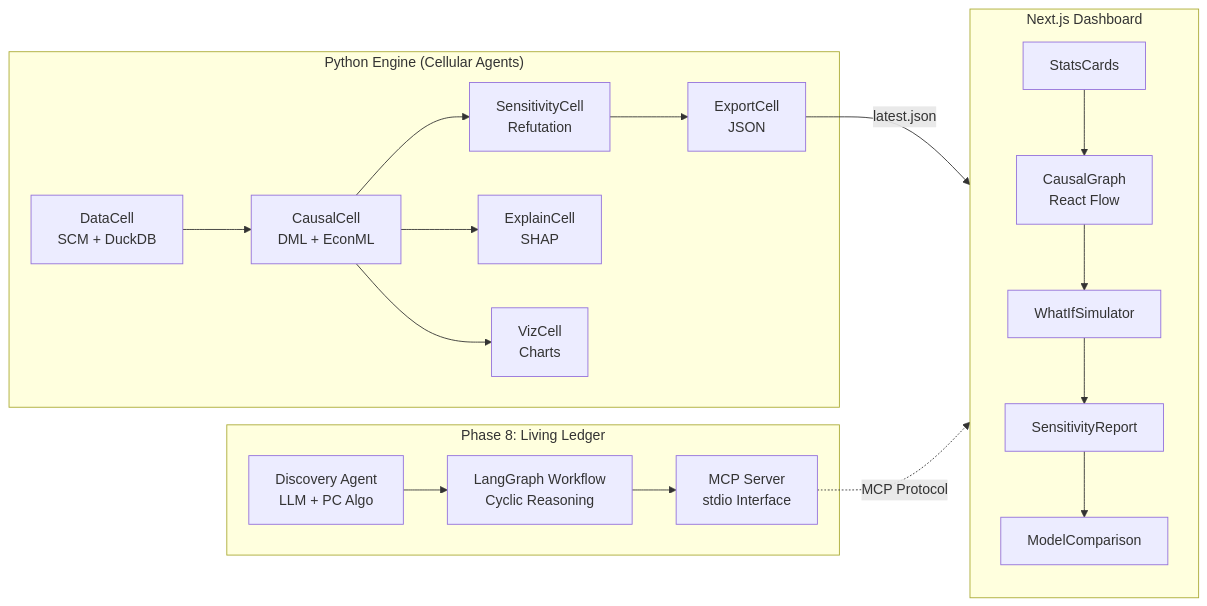
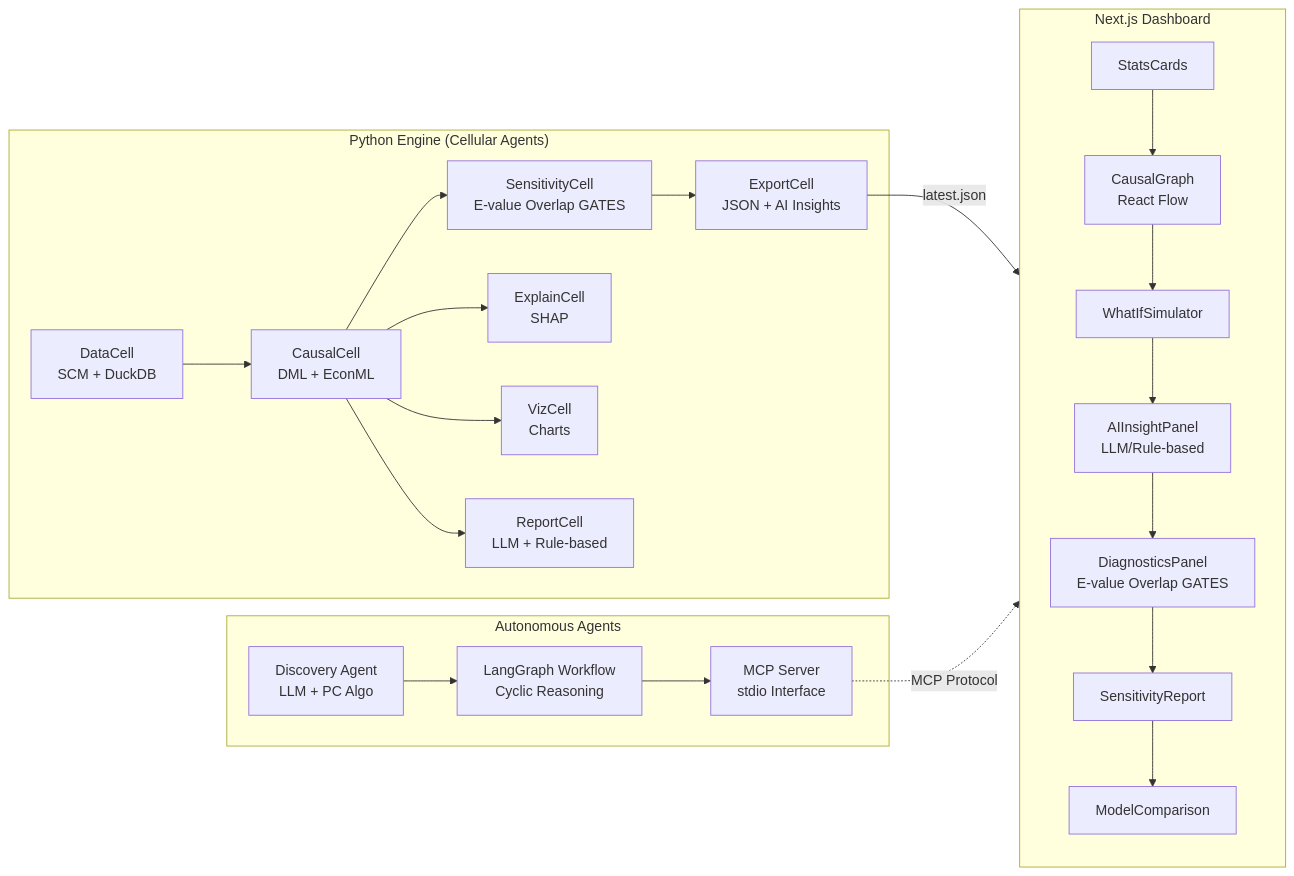
Before and after one commit to Yesol-Pilot/WhyLab: the diagram in README.md, drawn with Mermaid. The commit also changed other lines of this file and 3 other files, not shown here.

First line of the commit message:
feat: Phase 5 — Discovery Agent LLM + 테스트 강화 + White Paper v0.2 + README 리뉴얼

````diff
--- a/README.md
+++ b/README.md
@@ -38,25 +38,28 @@
 ```mermaid
 graph LR
     subgraph Engine ["Python Engine (Cellular Agents)"]
         DC[DataCell<br/>SCM + DuckDB] --> CC[CausalCell<br/>DML + EconML]
-        CC --> SC[SensitivityCell<br/>Refutation]
-        SC --> EC[ExportCell<br/>JSON]
+        CC --> SC[SensitivityCell<br/>E-value Overlap GATES]
+        SC --> EC[ExportCell<br/>JSON + AI Insights]
         CC --> XC[ExplainCell<br/>SHAP]
         CC --> VC[VizCell<br/>Charts]
+        CC --> RC[ReportCell<br/>LLM + Rule-based]
     end
 
-    subgraph Agents ["Phase 8: Living Ledger"]
+    subgraph Agents ["Autonomous Agents"]
         DA[Discovery Agent<br/>LLM + PC Algo] --> WF[LangGraph Workflow<br/>Cyclic Reasoning]
         WF --> MCP[MCP Server<br/>stdio Interface]
     end
 
     subgraph Dashboard ["Next.js Dashboard"]
         SG[StatsCards] --> CG[CausalGraph<br/>React Flow]
         CG --> WI[WhatIfSimulator]
-        WI --> SR[SensitivityReport]
+        WI --> AI[AIInsightPanel<br/>LLM/Rule-based]
+        AI --> DP[DiagnosticsPanel<br/>E-value Overlap GATES]
+        DP --> SR[SensitivityReport]
         SR --> MC[ModelComparison]
     end
 
     EC -->|latest.json| Dashboard
     MCP -.->|MCP Protocol| Dashboard
 ```
````
